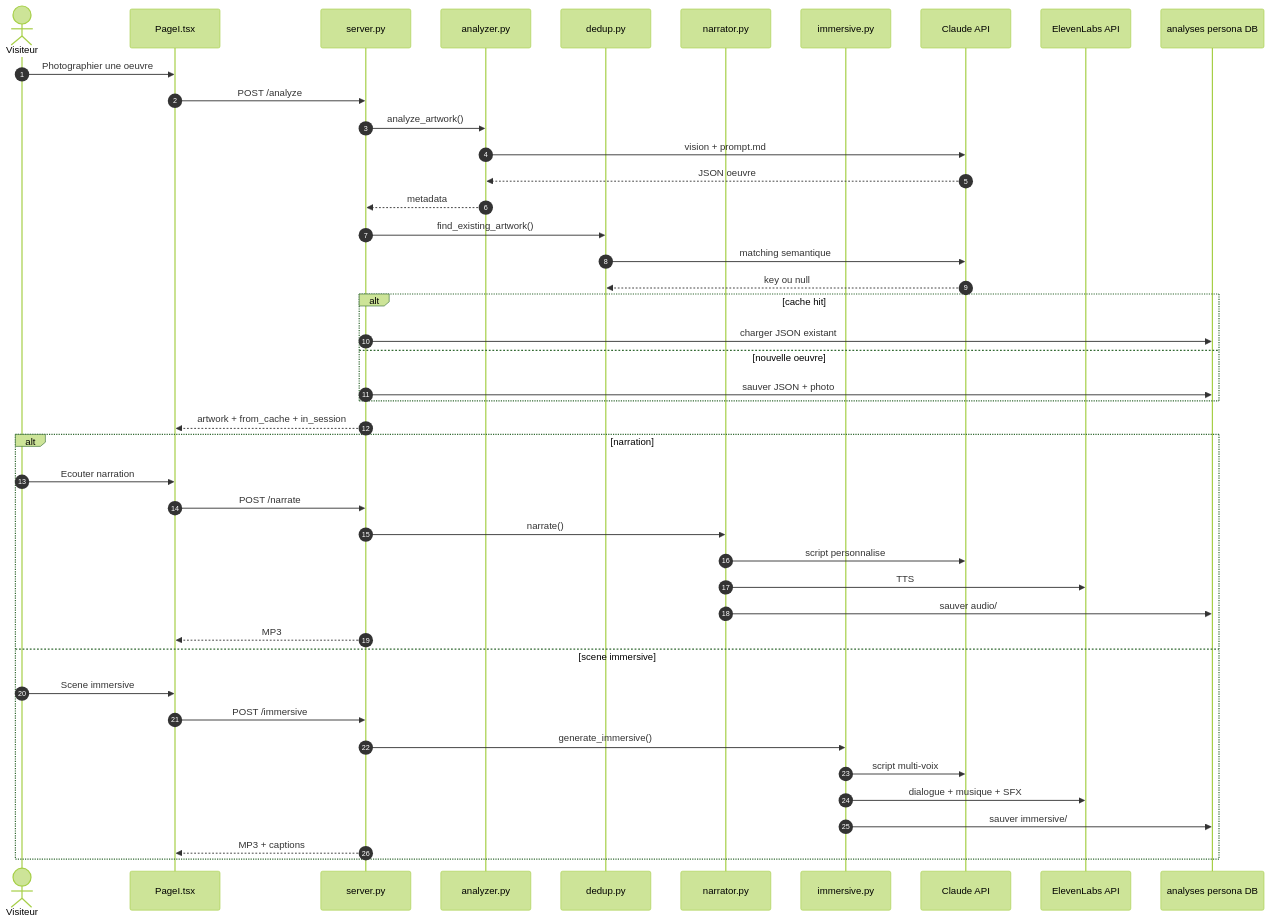
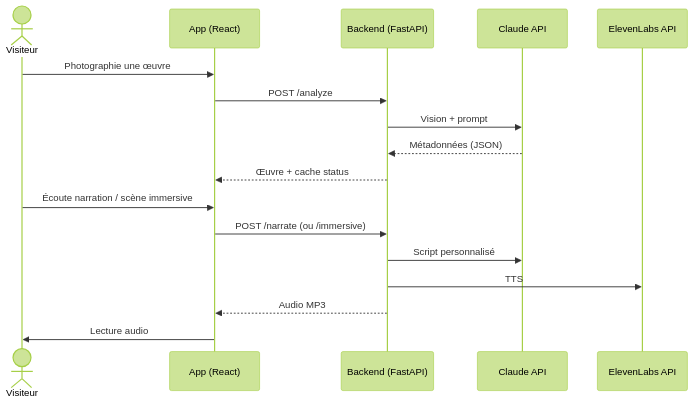
The first of 2 diagrams in README.md (theaudaudiffret/Animart.AI), drawn with Mermaid (forest theme) before and after one commit. The commit also changed other lines of this file, not shown here.

First line of the commit message:
Simplify README diagrams for readability

````diff
--- a/README.md
+++ b/README.md
@@ -13,48 +13,21 @@
 ```mermaid
 sequenceDiagram
-  autonumber
   actor Visiteur
-  participant PageI as PageI.tsx
-  participant Server as server.py
-  participant Analyzer as analyzer.py
-  participant Dedup as dedup.py
-  participant Narrator as narrator.py
-  participant Immersive as immersive.py
+  participant App as App (React)
+  participant Backend as Backend (FastAPI)
   participant Claude as Claude API
   participant ElevenLabs as ElevenLabs API
-  participant Cache as analyses persona DB
 
-  Visiteur->>PageI: Photographier une oeuvre
-  PageI->>Server: POST /analyze
-  Server->>Analyzer: analyze_artwork()
-  Analyzer->>Claude: vision + prompt.md
-  Claude-->>Analyzer: JSON oeuvre
-  Analyzer-->>Server: metadata
-  Server->>Dedup: find_existing_artwork()
-  Dedup->>Claude: matching semantique
-  Claude-->>Dedup: key ou null
-  alt cache hit
-    Server->>Cache: charger JSON existant
-  else nouvelle oeuvre
-    Server->>Cache: sauver JSON + photo
-  end
-  Server-->>PageI: artwork + from_cache + in_session
+  Visiteur->>App: Photographie une œuvre
+  App->>Backend: POST /analyze
+  Backend->>Claude: Vision + prompt
+  Claude-->>Backend: Métadonnées (JSON)
+  Backend-->>App: Œuvre + cache status
 
-  alt narration
-    Visiteur->>PageI: Ecouter narration
-    PageI->>Server: POST /narrate
-    Server->>Narrator: narrate()
-    Narrator->>Claude: script personnalise
-    Narrator->>ElevenLabs: TTS
-    Narrator->>Cache: sauver audio/
-    Server-->>PageI: MP3
-  else scene immersive
-    Visiteur->>PageI: Scene immersive
-    PageI->>Server: POST /immersive
-    Server->>Immersive: generate_immersive()
-    Immersive->>Claude: script multi-voix
-    Immersive->>ElevenLabs: dialogue + musique + SFX
-    Immersive->>Cache: sauver immersive/
-    Server-->>PageI: MP3 + captions
-  end
+  Visiteur->>App: Écoute narration / scène immersive
+  App->>Backend: POST /narrate (ou /immersive)
+  Backend->>Claude: Script personnalisé
+  Backend->>ElevenLabs: TTS
+  Backend-->>App: Audio MP3
+  App->>Visiteur: Lecture audio
 ```
````
